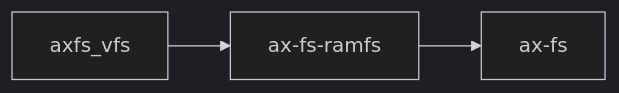
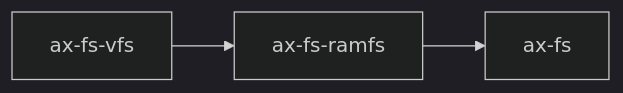
One commit to zKurisu/tgoskits changed the diagram in docs/crates/ax-fs-ramfs.md. Above: the diagram before and after it, drawn with Mermaid (dark theme). The commit also changed 35 other files, not shown here.

Commit message:
rename axfs_vfs to ax-fs-vfs

````diff
--- a/docs/crates/ax-fs-ramfs.md
+++ b/docs/crates/ax-fs-ramfs.md
@@ -84,6 +84,6 @@
 ```mermaid
 graph LR
-    axfs_vfs["axfs_vfs"] --> current["ax-fs-ramfs"]
+    axfs_vfs["ax-fs-vfs"] --> current["ax-fs-ramfs"]
 
     current --> ax-fs["ax-fs"]
 ```
````
